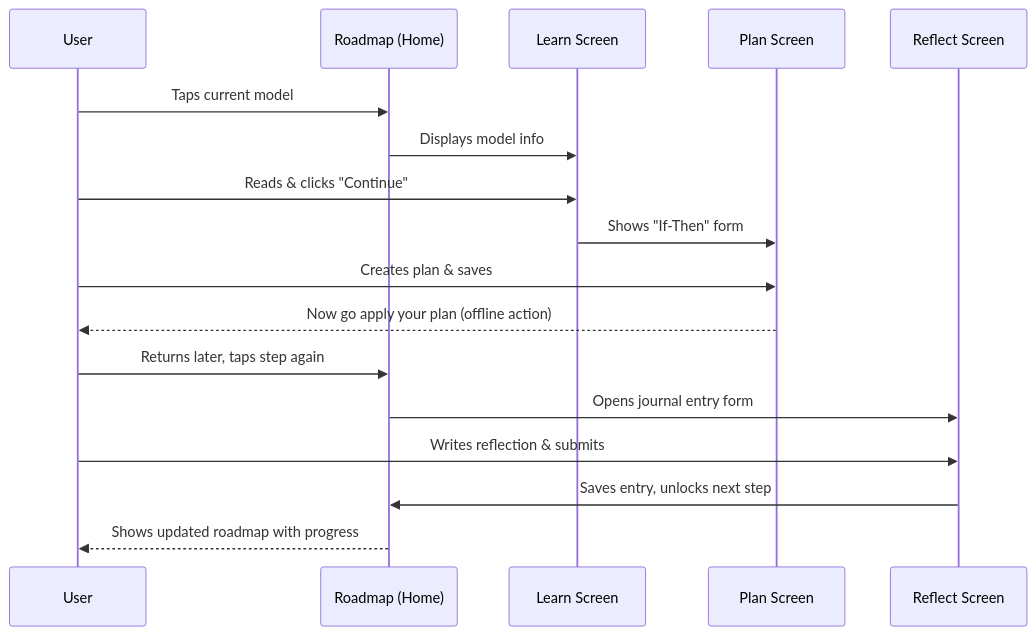
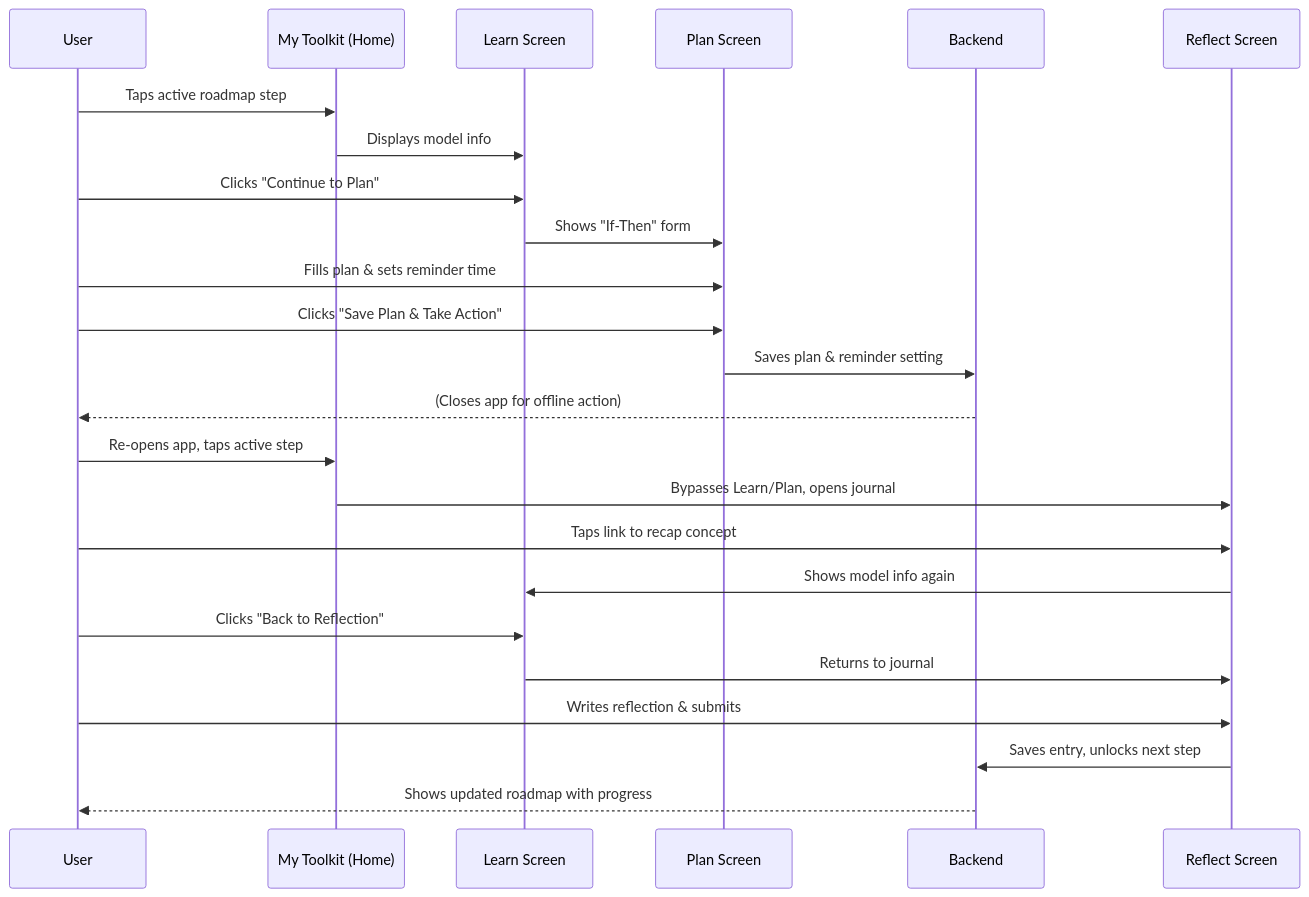
The second of 2 diagrams in docs/frontend-spec.md (dhargitai/lattixiq), drawn with Mermaid before and after one commit. The commit also changed other lines of this file and 10 other files, not shown here.

Commit message:
Complete UX prototype updates: add onboarding screen, update My Toolkit with active roadmap display, refine notification settings, and align user flow with updated specs

````diff
--- a/docs/frontend-spec.md
+++ b/docs/frontend-spec.md
@@ -89,20 +112,33 @@
 ```mermaid
 sequenceDiagram
     participant User
-    participant RoadmapScreen as Roadmap (Home)
+    participant MyToolkit as My Toolkit (Home)
     participant LearnScreen as Learn Screen
     participant PlanScreen as Plan Screen
+    participant Backend
     participant ReflectScreen as Reflect Screen
 
-    User->>RoadmapScreen: Taps current model
-    RoadmapScreen->>LearnScreen: Displays model info
-    User->>LearnScreen: Reads & clicks "Continue"
+    User->>MyToolkit: Taps active roadmap step
+    MyToolkit->>LearnScreen: Displays model info
+    User->>LearnScreen: Clicks "Continue to Plan"
     LearnScreen->>PlanScreen: Shows "If-Then" form
-    User->>PlanScreen: Creates plan & saves
-    PlanScreen-->>User: Now go apply your plan (offline action)
-    User->>RoadmapScreen: Returns later, taps step again
-    RoadmapScreen->>ReflectScreen: Opens journal entry form
+    User->>PlanScreen: Fills plan & sets reminder time
+    User->>PlanScreen: Clicks "Save Plan & Take Action"
+    PlanScreen->>Backend: Saves plan & reminder setting
+    Backend-->>User: (Closes app for offline action)
+
+    %% User returns later to reflect %%
+    User->>MyToolkit: Re-opens app, taps active step
+    MyToolkit->>ReflectScreen: Bypasses Learn/Plan, opens journal
+    
+    %% Optional Recap Loop %%
+    User->>ReflectScreen: Taps link to recap concept
+    ReflectScreen->>LearnScreen: Shows model info again
+    User->>LearnScreen: Clicks "Back to Reflection"
+    LearnScreen->>ReflectScreen: Returns to journal
+    
+    %% Completes the process %%
     User->>ReflectScreen: Writes reflection & submits
-    ReflectScreen->>RoadmapScreen: Saves entry, unlocks next step
-    RoadmapScreen-->>User: Shows updated roadmap with progress
+    ReflectScreen->>Backend: Saves entry, unlocks next step
+    Backend-->>User: Shows updated roadmap with progress
 ```
````
